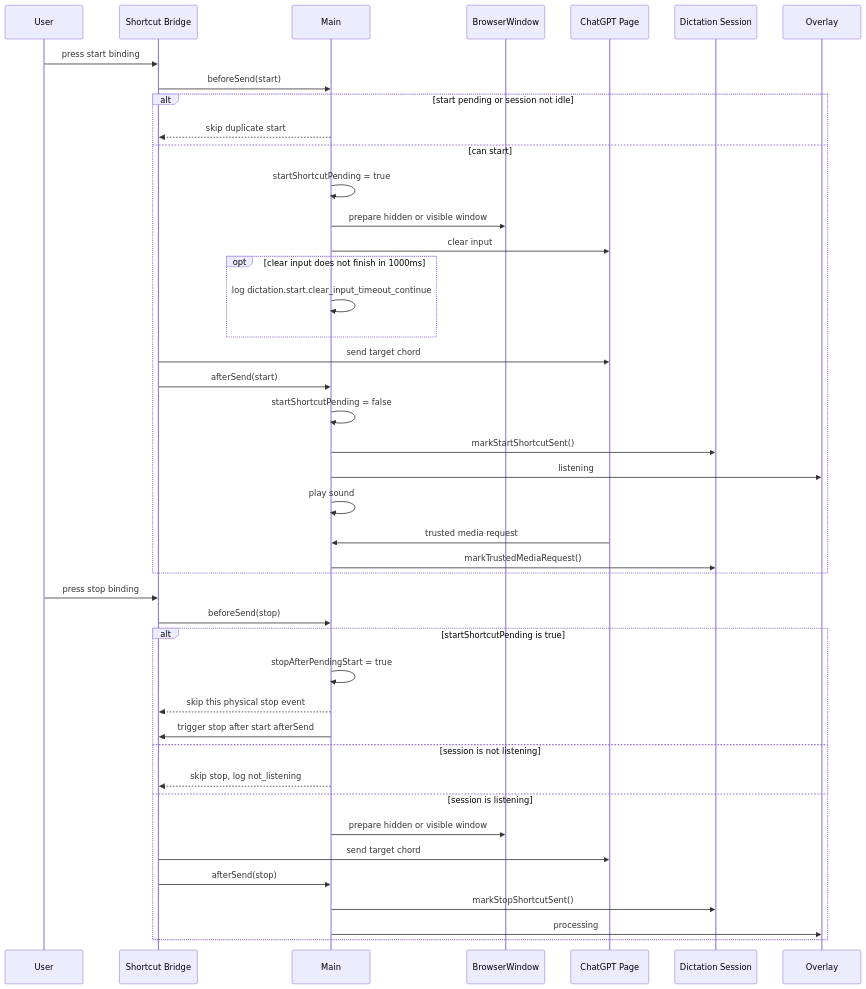
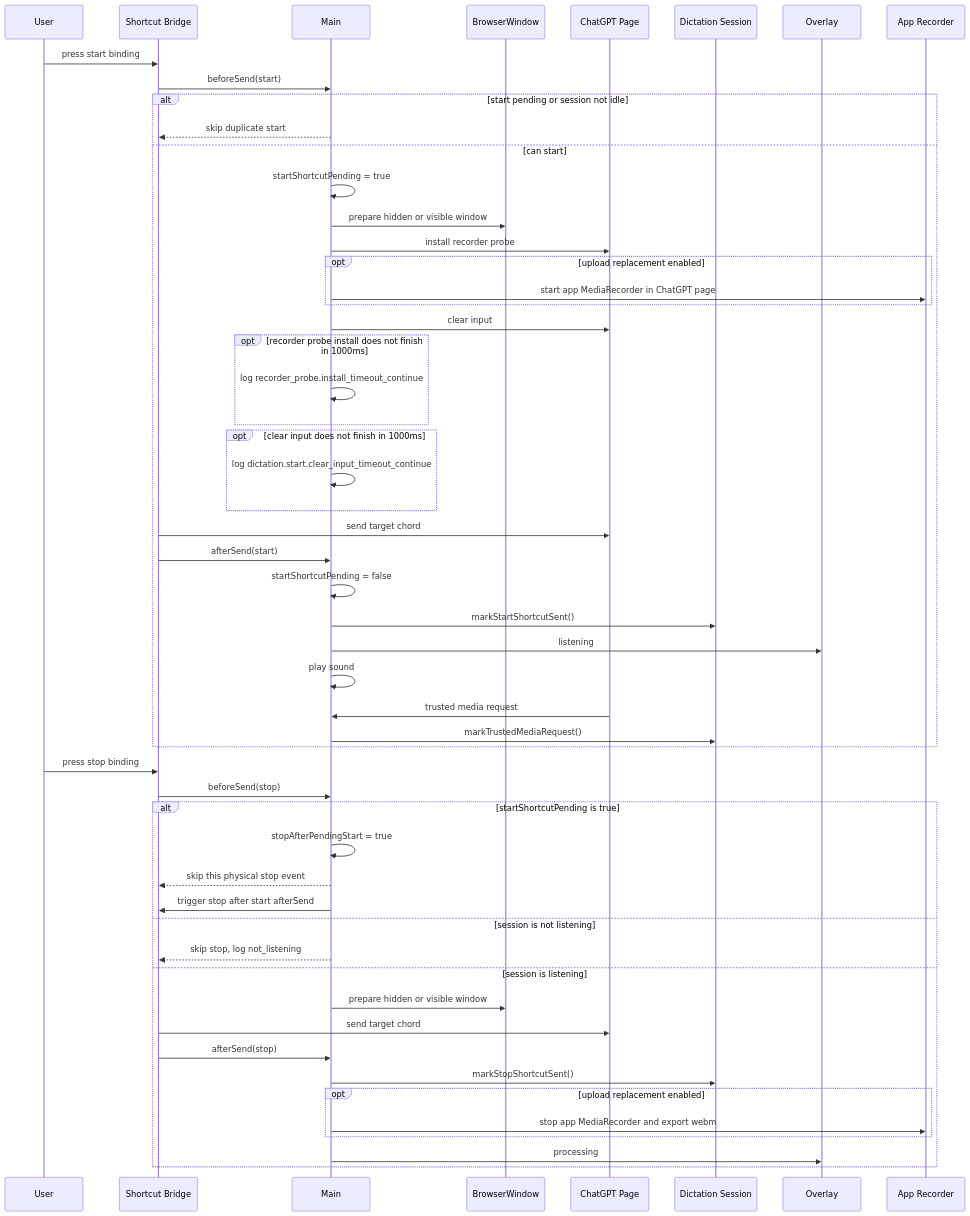
Before and after one commit to AKAazure/Dandelion: the third of 5 diagrams in .chat/2026-06-06-general-stt-current-flow.md, drawn with Mermaid. The commit also changed other lines of this file and 33 other files, not shown here.

First line of the commit message:
Add app-side recorder and upload replacement

````diff
--- a/.chat/2026-06-06-general-stt-current-flow.md
+++ b/.chat/2026-06-06-general-stt-current-flow.md
@@ -92,49 +100,60 @@
 ```mermaid
 sequenceDiagram
   participant User
   participant Bridge as Shortcut Bridge
   participant Main
   participant Window as BrowserWindow
   participant Page as ChatGPT Page
   participant Session as Dictation Session
   participant Overlay
+  participant Recorder as App Recorder
 
   User->>Bridge: press start binding
   Bridge->>Main: beforeSend(start)
 
   alt start pending or session not idle
     Main-->>Bridge: skip duplicate start
   else can start
     Main->>Main: startShortcutPending = true
     Main->>Window: prepare hidden or visible window
+    Main->>Page: install recorder probe
+    opt upload replacement enabled
+      Main->>Recorder: start app MediaRecorder in ChatGPT page
+    end
     Main->>Page: clear input
+    opt recorder probe install does not finish in 1000ms
+      Main->>Main: log recorder_probe.install_timeout_continue
+    end
     opt clear input does not finish in 1000ms
       Main->>Main: log dictation.start.clear_input_timeout_continue
     end
     Bridge->>Page: send target chord
     Bridge->>Main: afterSend(start)
     Main->>Main: startShortcutPending = false
     Main->>Session: markStartShortcutSent()
     Main->>Overlay: listening
     Main->>Main: play sound
     Page->>Main: trusted media request
     Main->>Session: markTrustedMediaRequest()
   end
 
   User->>Bridge: press stop binding
   Bridge->>Main: beforeSend(stop)
 
   alt startShortcutPending is true
     Main->>Main: stopAfterPendingStart = true
     Main-->>Bridge: skip this physical stop event
     Main->>Bridge: trigger stop after start afterSend
   else session is not listening
     Main-->>Bridge: skip stop, log not_listening
   else session is listening
     Main->>Window: prepare hidden or visible window
     Bridge->>Page: send target chord
     Bridge->>Main: afterSend(stop)
     Main->>Session: markStopShortcutSent()
+    opt upload replacement enabled
+      Main->>Recorder: stop app MediaRecorder and export webm
+    end
     Main->>Overlay: processing
   end
 ```
````
